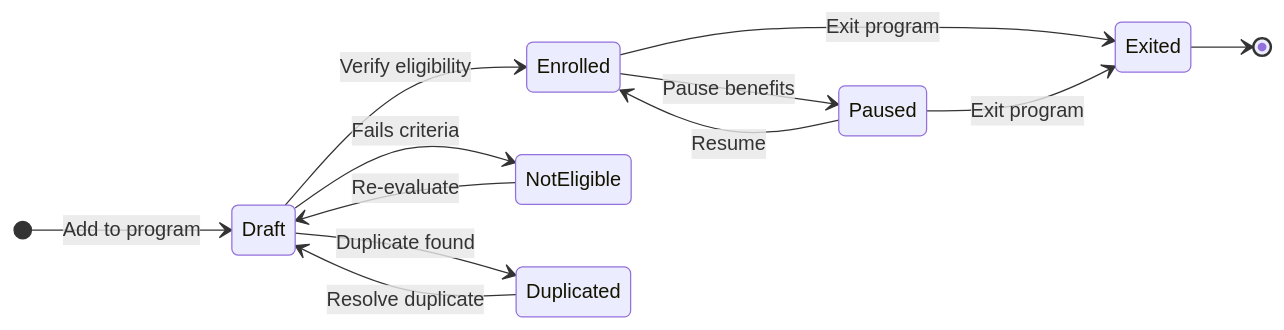
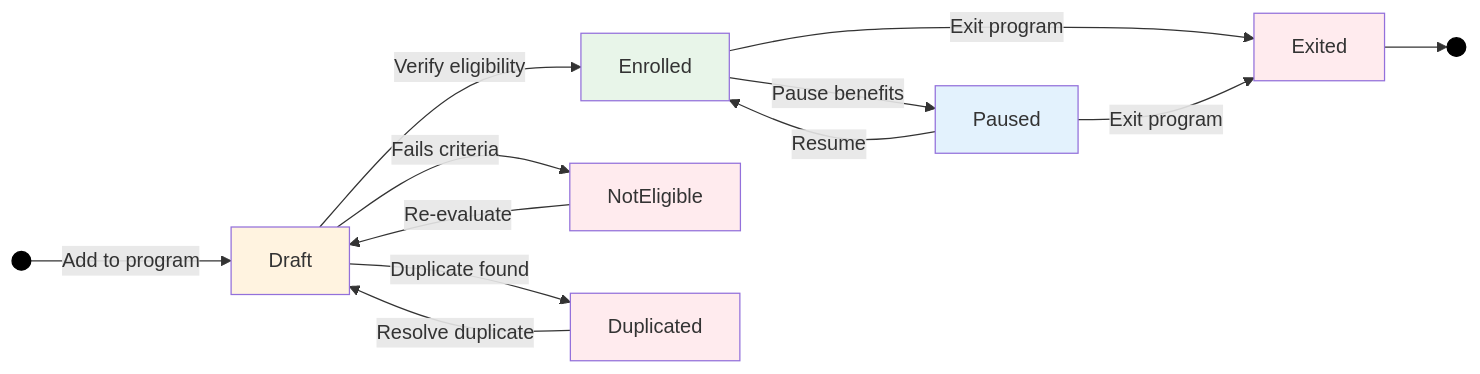
One commit to OpenSPP/documentation changed the third of 4 diagrams in docs/learn/concepts/programs.md. Above: the diagram before and after it, drawn with Mermaid. The commit also changed other lines of this file, not shown here.

Commit message:
fix: convert state diagrams to flowcharts for better rendering
State diagrams with self-loops and complex transitions were being
truncated. Flowcharts (graph LR) handle these cases better.

🤖 Generated with [Claude Code](https://claude.com/claude-code)

````diff
--- a/docs/learn/concepts/programs.md
+++ b/docs/learn/concepts/programs.md
@@ -122,15 +126,23 @@
 ```{mermaid}
-stateDiagram-v2
-    direction LR
-    [*] --> Draft: Add to program
-    Draft --> Enrolled: Verify eligibility
-    Draft --> NotEligible: Fails criteria
-    Draft --> Duplicated: Duplicate found
-    Enrolled --> Paused: Pause benefits
-    Enrolled --> Exited: Exit program
-    Paused --> Enrolled: Resume
-    Paused --> Exited: Exit program
-    NotEligible --> Draft: Re-evaluate
-    Duplicated --> Draft: Resolve duplicate
-    Exited --> [*]
+graph LR
+    Start(( )) -->|Add to program| Draft
+    Draft -->|Verify eligibility| Enrolled
+    Draft -->|Fails criteria| NotEligible
+    Draft -->|Duplicate found| Duplicated
+    Enrolled -->|Pause benefits| Paused
+    Enrolled -->|Exit program| Exited
+    Paused -->|Resume| Enrolled
+    Paused -->|Exit program| Exited
+    NotEligible -->|Re-evaluate| Draft
+    Duplicated -->|Resolve duplicate| Draft
+    Exited --> Stop(( ))
+
+    style Start fill:#000,stroke:#000
+    style Stop fill:#000,stroke:#000
+    style Draft fill:#fff3e0
+    style Enrolled fill:#e8f5e9
+    style Paused fill:#e3f2fd
+    style Exited fill:#ffebee
+    style NotEligible fill:#ffebee
+    style Duplicated fill:#ffebee
 ```
````
